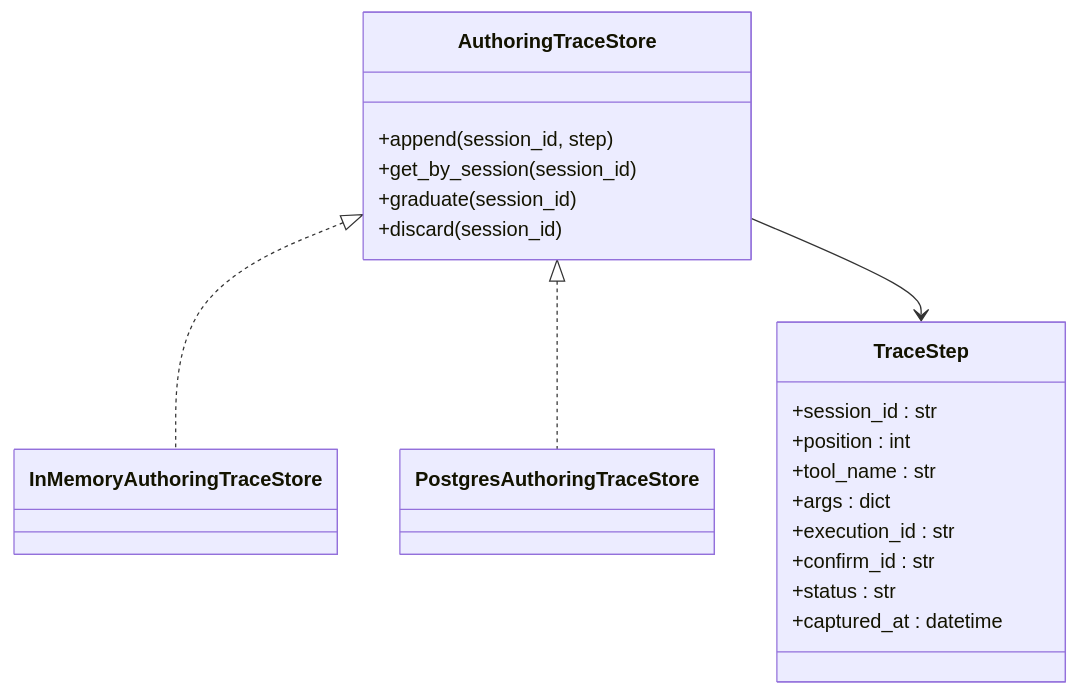
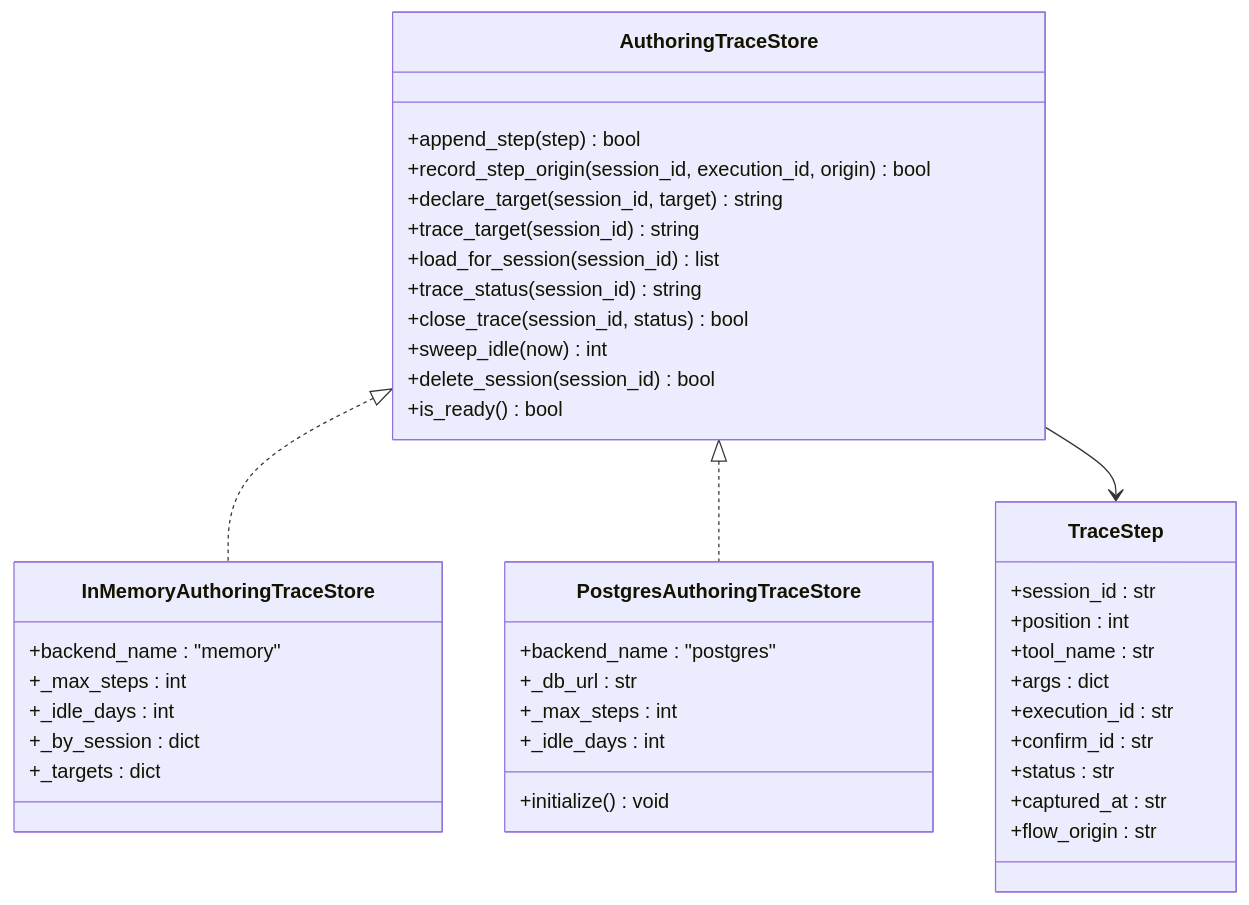
The third of 11 diagrams in .qoder/repowiki/en/content/Architecture Documentation/SPEC-055_ Develop-as-You-Go Skill Graduation.md (metasync/luban-aiops), drawn with Mermaid before and after one commit. The commit also changed other lines of this file and 48 other files, not shown here.

````diff
--- a/.qoder/repowiki/en/content/Architecture Documentation/SPEC-055_ Develop-as-You-Go Skill Graduation.md
+++ b/.qoder/repowiki/en/content/Architecture Documentation/SPEC-055_ Develop-as-You-Go Skill Graduation.md
@@ -168,24 +265,43 @@
 ```mermaid
 classDiagram
 class AuthoringTraceStore {
-+append(session_id, step)
-+get_by_session(session_id)
-+graduate(session_id)
-+discard(session_id)
++append_step(step) bool
++record_step_origin(session_id, execution_id, origin) bool
++declare_target(session_id, target) string
++trace_target(session_id) string
++load_for_session(session_id) list
++trace_status(session_id) string
++close_trace(session_id, status) bool
++sweep_idle(now) int
++delete_session(session_id) bool
++is_ready() bool
 }
-class InMemoryAuthoringTraceStore
-class PostgresAuthoringTraceStore
+class InMemoryAuthoringTraceStore {
++backend_name : "memory"
++_max_steps : int
++_idle_days : int
++_by_session : dict
++_targets : dict
+}
+class PostgresAuthoringTraceStore {
++backend_name : "postgres"
++_db_url : str
++_max_steps : int
++_idle_days : int
++initialize() void
+}
 class TraceStep {
 +session_id : str
 +position : int
 +tool_name : str
 +args : dict
 +execution_id : str
 +confirm_id : str
 +status : str
-+captured_at : datetime
++captured_at : str
++flow_origin : str
 }
 AuthoringTraceStore <|.. InMemoryAuthoringTraceStore
 AuthoringTraceStore <|.. PostgresAuthoringTraceStore
 AuthoringTraceStore --> TraceStep
 ```
````
